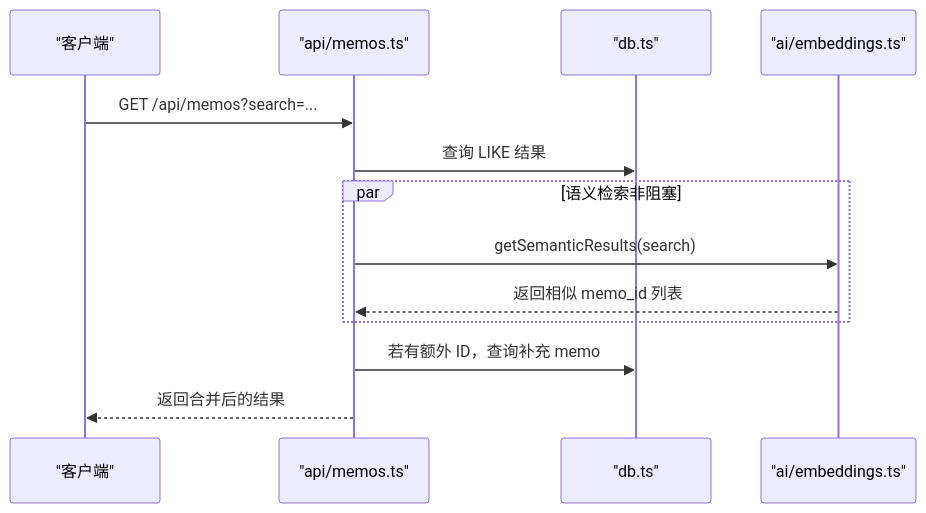
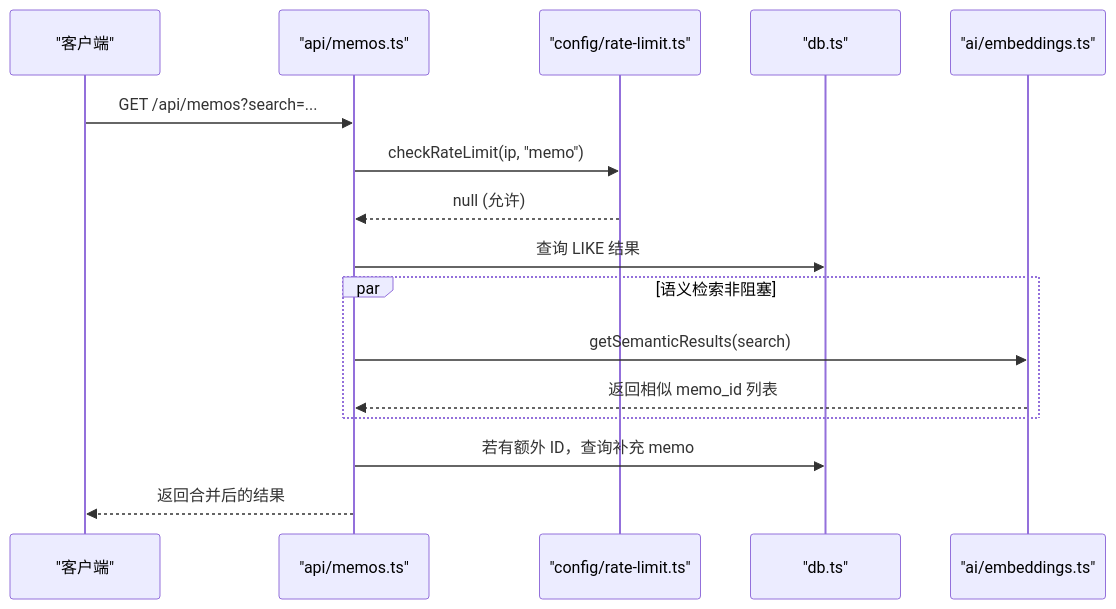
One commit to BlackBoxRecorder/memos changed the sixth of 11 diagrams in .qoder/repowiki/zh/content/开发指南/开发指南.md. Above: the diagram before and after it, drawn with Mermaid. The commit also changed other lines of this file and 7 other files, not shown here.

````diff
--- a/.qoder/repowiki/zh/content/开发指南/开发指南.md
+++ b/.qoder/repowiki/zh/content/开发指南/开发指南.md
@@ -256,15 +295,18 @@
 ```mermaid
 sequenceDiagram
 participant C as "客户端"
 participant M as "api/memos.ts"
+participant RL as "config/rate-limit.ts"
 participant DB as "db.ts"
 participant E as "ai/embeddings.ts"
 C->>M : GET /api/memos?search=...
+M->>RL : checkRateLimit(ip, "memo")
+RL-->>M : null (允许)
 M->>DB : 查询 LIKE 结果
 par 语义检索非阻塞
 M->>E : getSemanticResults(search)
 E-->>M : 返回相似 memo_id 列表
 end
 M->>DB : 若有额外 ID，查询补充 memo
 M-->>C : 返回合并后的结果
 ```
````
